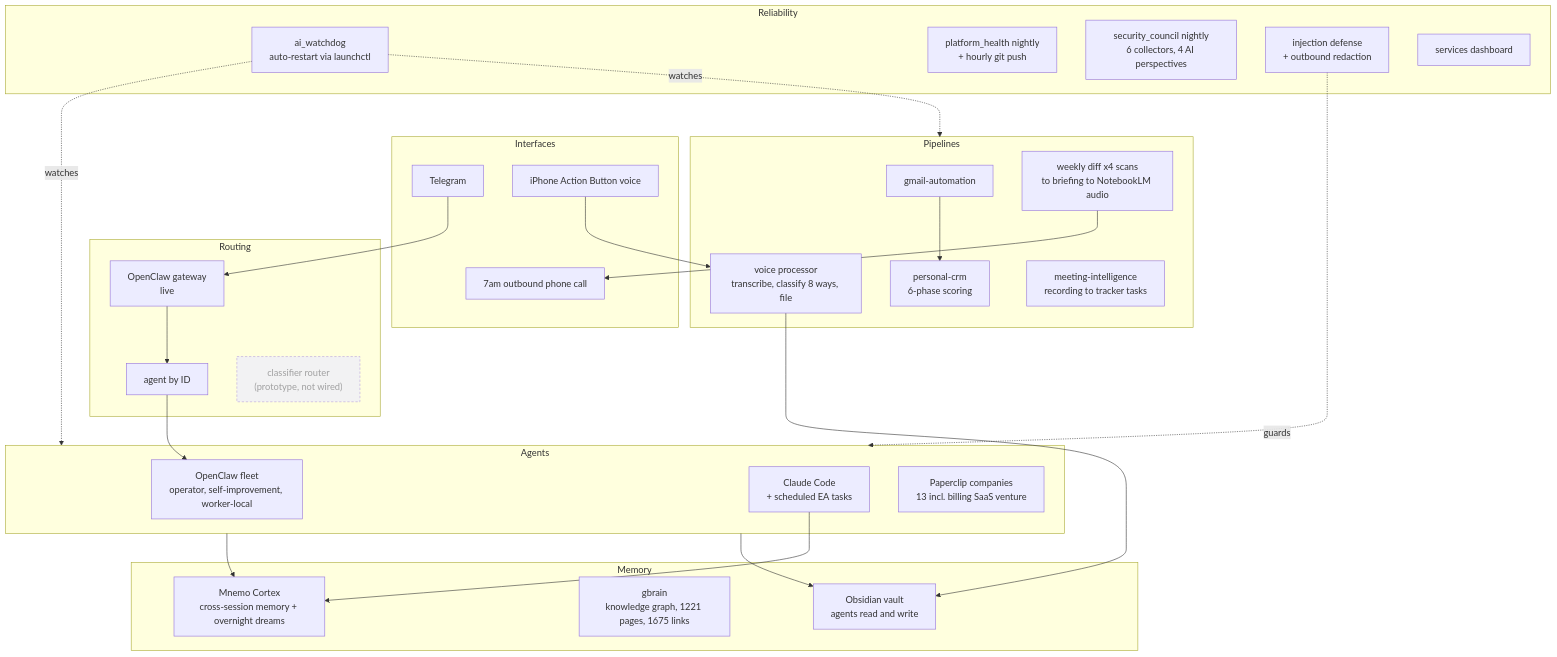
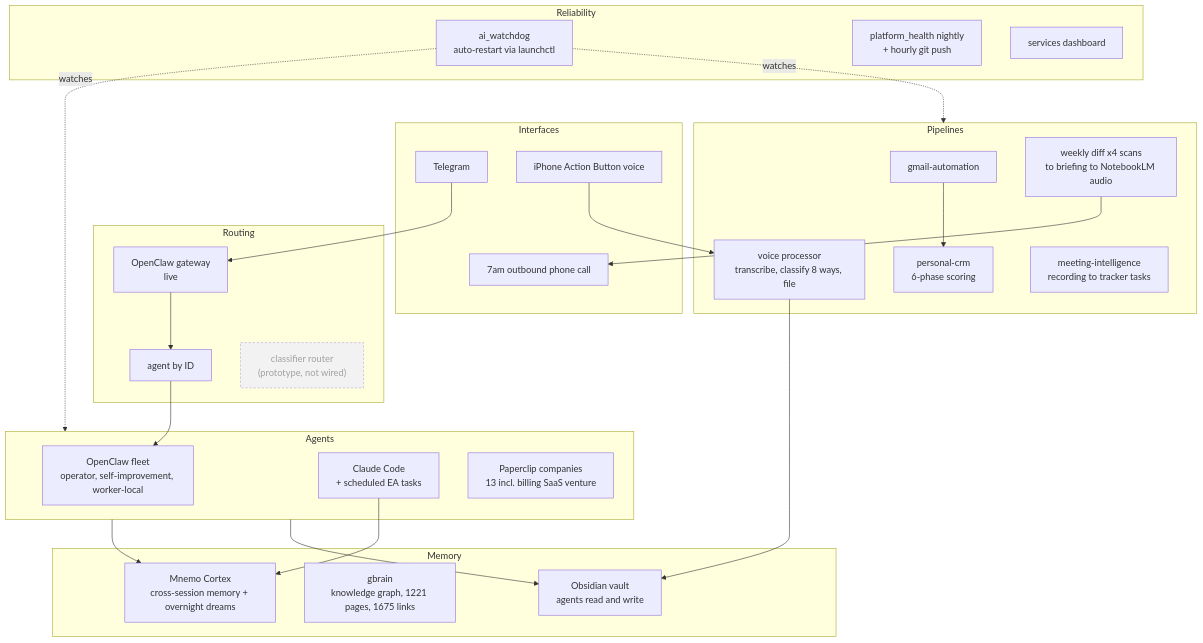
One commit to JustinTSmith/systems changed the diagram in README.md. Above: the diagram before and after it, drawn with Mermaid. The commit also changed other lines of this file and 8 other files, not shown here.

First line of the commit message:
Remove the injection defense case study and demo

````diff
--- a/README.md
+++ b/README.md
@@ -21,52 +21,49 @@
 ```mermaid
 flowchart TD
     subgraph Interfaces
         TG[Telegram]
         AB[iPhone Action Button voice]
         CALL[7am outbound phone call]
     end
 
     subgraph Routing
         GW[OpenClaw gateway<br/>live] --> AG[agent by ID]
         MR["classifier router<br/>(prototype, not wired)"]:::proto
     end
     classDef proto stroke-dasharray: 4 3,opacity:0.65
 
     subgraph Agents
         OC[OpenClaw fleet<br/>operator, self-improvement, worker-local]
         CC[Claude Code<br/>+ scheduled EA tasks]
         PC[Paperclip companies<br/>13 incl. billing SaaS venture]
     end
 
     subgraph Memory
         MN[Mnemo Cortex<br/>cross-session memory + overnight dreams]
         GB[gbrain<br/>knowledge graph, 1221 pages, 1675 links]
         OB[Obsidian vault<br/>agents read and write]
     end
 
     subgraph Pipelines
         GM[gmail-automation] --> CRM[personal-crm<br/>6-phase scoring]
         VP[voice processor<br/>transcribe, classify 8 ways, file]
         WB[weekly diff x4 scans<br/>to briefing to NotebookLM audio]
         MI[meeting-intelligence<br/>recording to tracker tasks]
     end
 
     subgraph Reliability
         WD[ai_watchdog<br/>auto-restart via launchctl]
         PH[platform_health nightly<br/>+ hourly git push]
-        SC[security_council nightly<br/>6 collectors, 4 AI perspectives]
-        SEC[injection defense<br/>+ outbound redaction]
         DASH[services dashboard]
     end
 
     TG --> GW
     AB --> VP --> OB
     Agents --> MN
     Agents --> OB
     AG --> OC
     CC --> MN
     WB --> CALL
     WD -.watches.-> Agents
     WD -.watches.-> Pipelines
-    SEC -.guards.-> Agents
 ```
````
